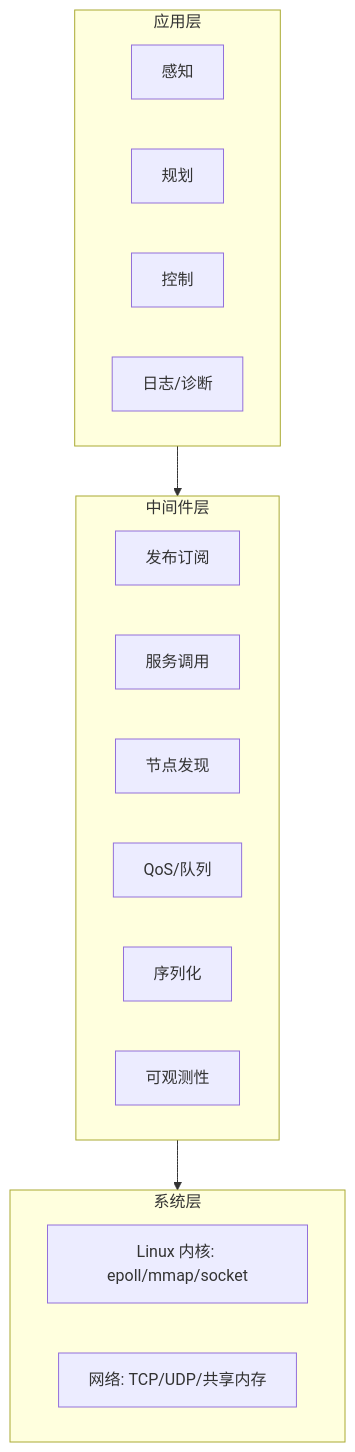
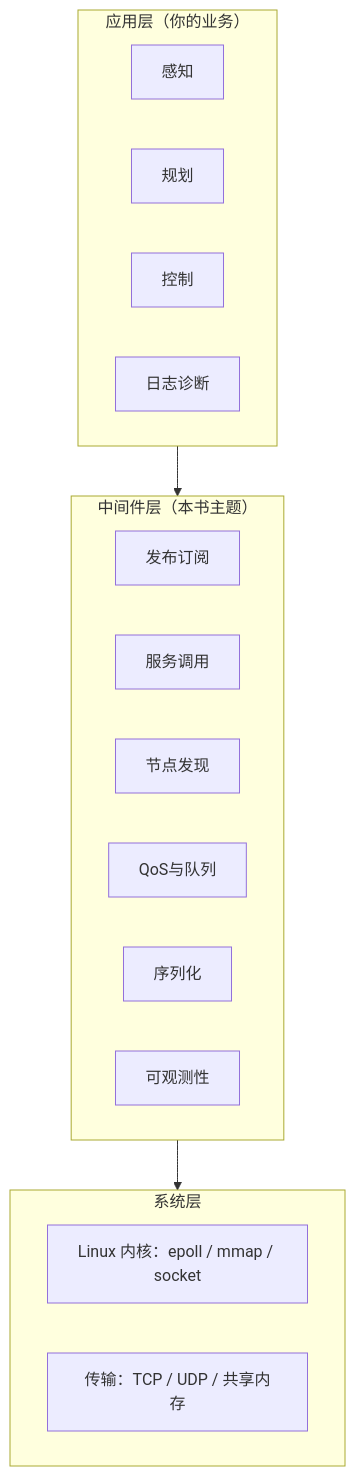
One commit to cavemancave/mw-study changed the first of 7 diagrams in docs/chapter1.md. Above: the diagram before and after it, drawn with Mermaid. The commit also changed other lines of this file and 6 other files, not shown here.

````diff
--- a/docs/chapter1.md
+++ b/docs/chapter1.md
@@ -18,15 +84,15 @@
 ```mermaid
 flowchart TB
-    subgraph 应用层
-        PERC[感知] & PLAN[规划] & CTRL[控制] & LOG[日志/诊断]
+    subgraph 应用层["应用层（你的业务）"]
+        PERC[感知] & PLAN[规划] & CTRL[控制] & LOG[日志诊断]
     end
-    subgraph 中间件层
+    subgraph 中间件层["中间件层（本书主题）"]
         PS[发布订阅] & SVC[服务调用] & DISC[节点发现]
-        QOS[QoS/队列] & SER[序列化] & OBS[可观测性]
+        QOS[QoS与队列] & SER[序列化] & OBS[可观测性]
     end
-    subgraph 系统层
-        OS[Linux 内核: epoll/mmap/socket]
-        NET[网络: TCP/UDP/共享内存]
+    subgraph 系统层["系统层"]
+        OS["Linux 内核：epoll / mmap / socket"]
+        NET["传输：TCP / UDP / 共享内存"]
     end
     应用层 --> 中间件层 --> 系统层
 ```
````
